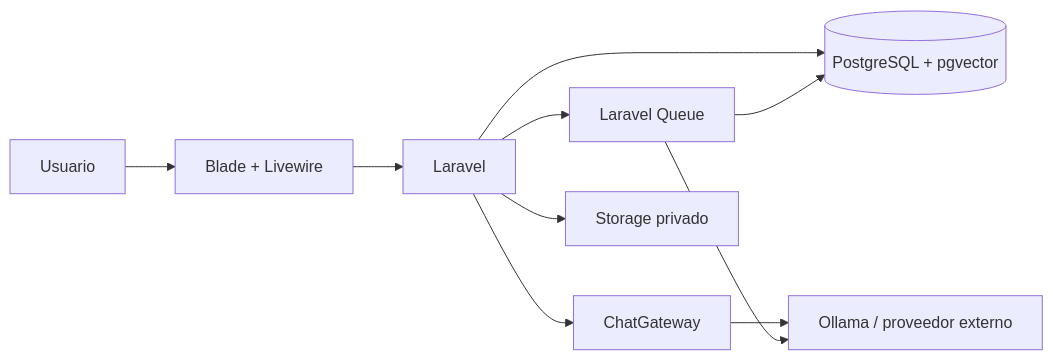
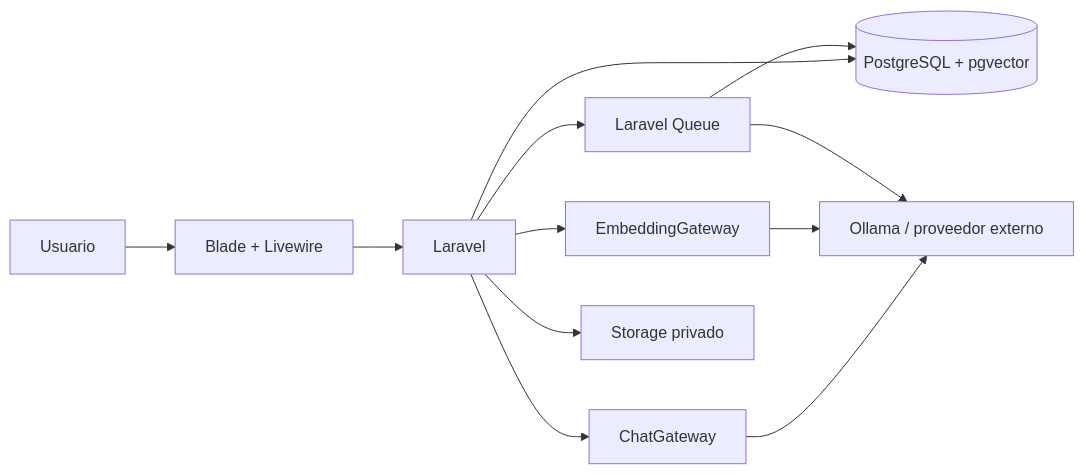
The diagram in README.md (Josue-Isai-Sanchez-Santos/ai-companion-chatbot), drawn with Mermaid before and after one commit. The commit also changed other lines of this file and 7 other files, not shown here.

````diff
--- a/README.md
+++ b/README.md
@@ -62,21 +53,24 @@
 ```mermaid
 flowchart LR
     U[Usuario]
     UI[Blade + Livewire]
     APP[Laravel]
     DB[(PostgreSQL + pgvector)]
     QUEUE[Laravel Queue]
-    AI[ChatGateway]
+    CHAT[ChatGateway]
+    EMB[EmbeddingGateway]
     PROVIDER[Ollama / proveedor externo]
     STORAGE[Storage privado]
 
     U --> UI
     UI --> APP
     APP --> DB
-    APP --> AI
-    AI --> PROVIDER
+    APP --> CHAT
+    APP --> EMB
+    CHAT --> PROVIDER
+    EMB --> PROVIDER
     APP --> QUEUE
     QUEUE --> DB
     QUEUE --> PROVIDER
     APP --> STORAGE
 ```
````
